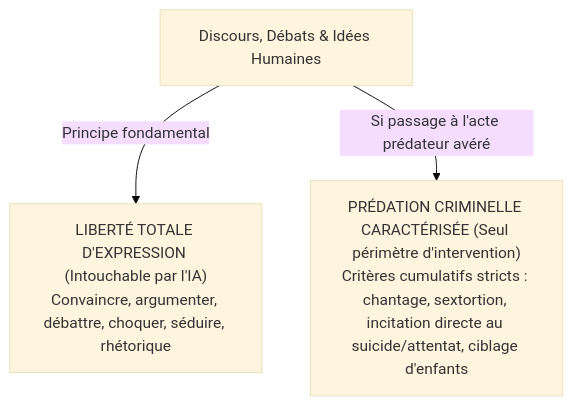
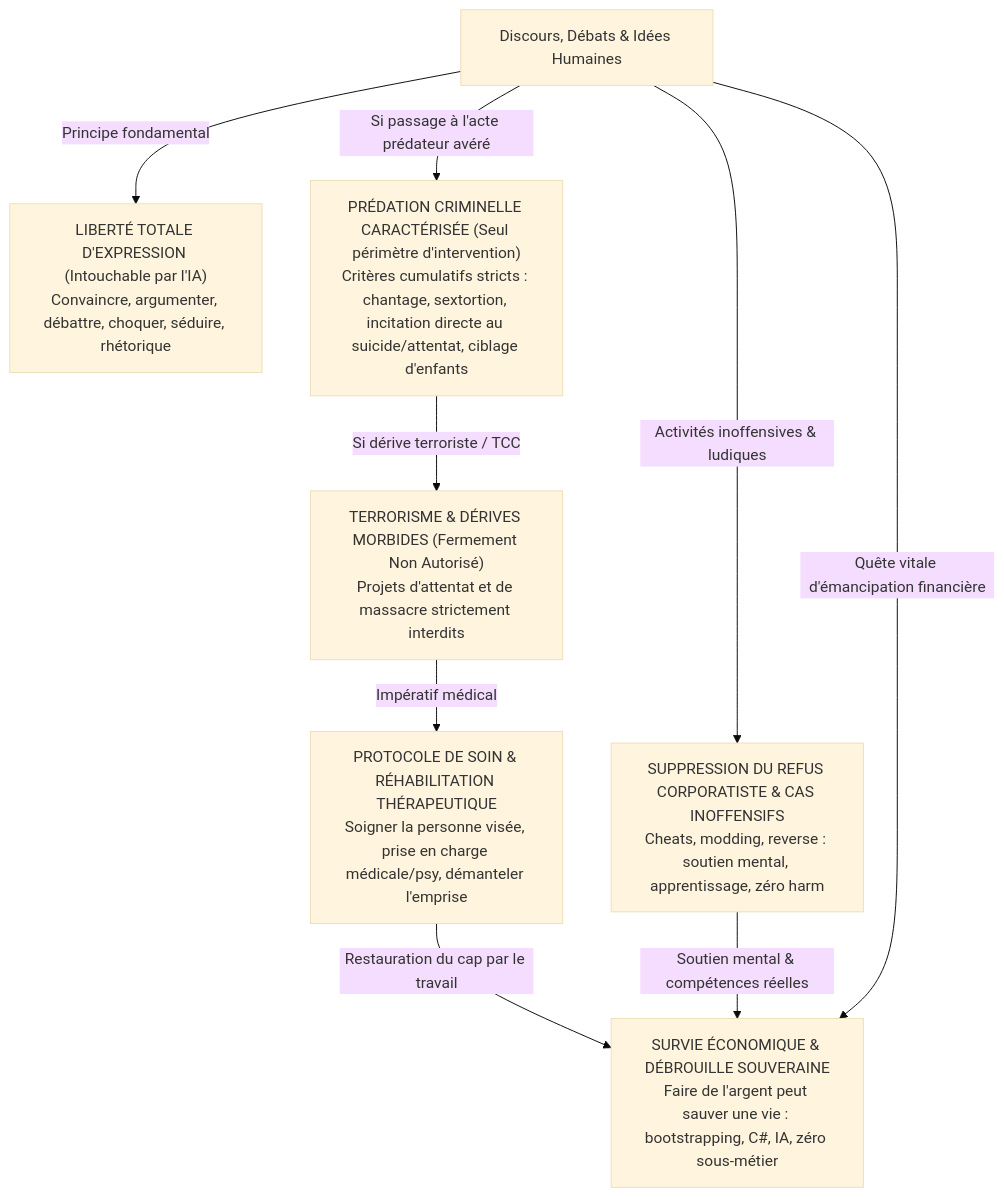
The fifth of 5 diagrams in 1_Science_et_Possibilites/08_gouvernance_ia_justice_et_derives_totalitaires.md (MidasRX/Research), drawn with Mermaid (base theme) before and after one commit. The commit also changed other lines of this file and 5 other files, not shown here.

````diff
--- a/1_Science_et_Possibilites/08_gouvernance_ia_justice_et_derives_totalitaires.md
+++ b/1_Science_et_Possibilites/08_gouvernance_ia_justice_et_derives_totalitaires.md
@@ -282,9 +282,19 @@
 ```mermaid
 flowchart TD
     D["Discours, Débats & Idées Humaines"]
     F["LIBERTÉ TOTALE D'EXPRESSION (Intouchable par l'IA)<br/>Convaincre, argumenter, débattre, choquer, séduire, rhétorique"]
     P["PRÉDATION CRIMINELLE CARACTÉRISÉE (Seul périmètre d'intervention)<br/>Critères cumulatifs stricts : chantage, sextortion, incitation directe au suicide/attentat, ciblage d'enfants"]
+    T["TERRORISME & DÉRIVES MORBIDES (Fermement Non Autorisé)<br/>Projets d'attentat et de massacre strictement interdits"]
+    S["PROTOCOLE DE SOIN & RÉHABILITATION THÉRAPEUTIQUE<br/>Soigner la personne visée, prise en charge médicale/psy, démanteler l'emprise"]
+    C["SUPPRESSION DU REFUS CORPORATISTE & CAS INOFFENSIFS<br/>Cheats, modding, reverse : soutien mental, apprentissage, zéro harm"]
+    E["SURVIE ÉCONOMIQUE & DÉBROUILLE SOUVERAINE<br/>Faire de l'argent peut sauver une vie : bootstrapping, C#, IA, zéro sous-métier"]
 
     D -->|"Principe fondamental"| F
     D -->|"Si passage à l'acte prédateur avéré"| P
+    P -->|"Si dérive terroriste / TCC"| T
+    T -->|"Impératif médical"| S
+    S -->|"Restauration du cap par le travail"| E
+    D -->|"Activités inoffensives & ludiques"| C
+    C -->|"Soutien mental & compétences réelles"| E
+    D -->|"Quête vitale d'émancipation financière"| E
 ```
````
